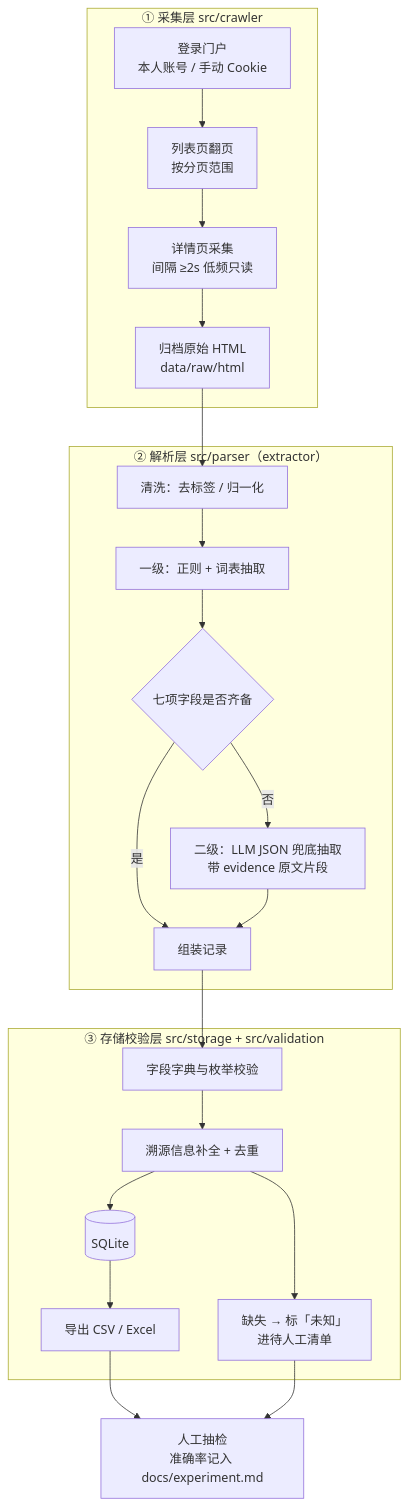
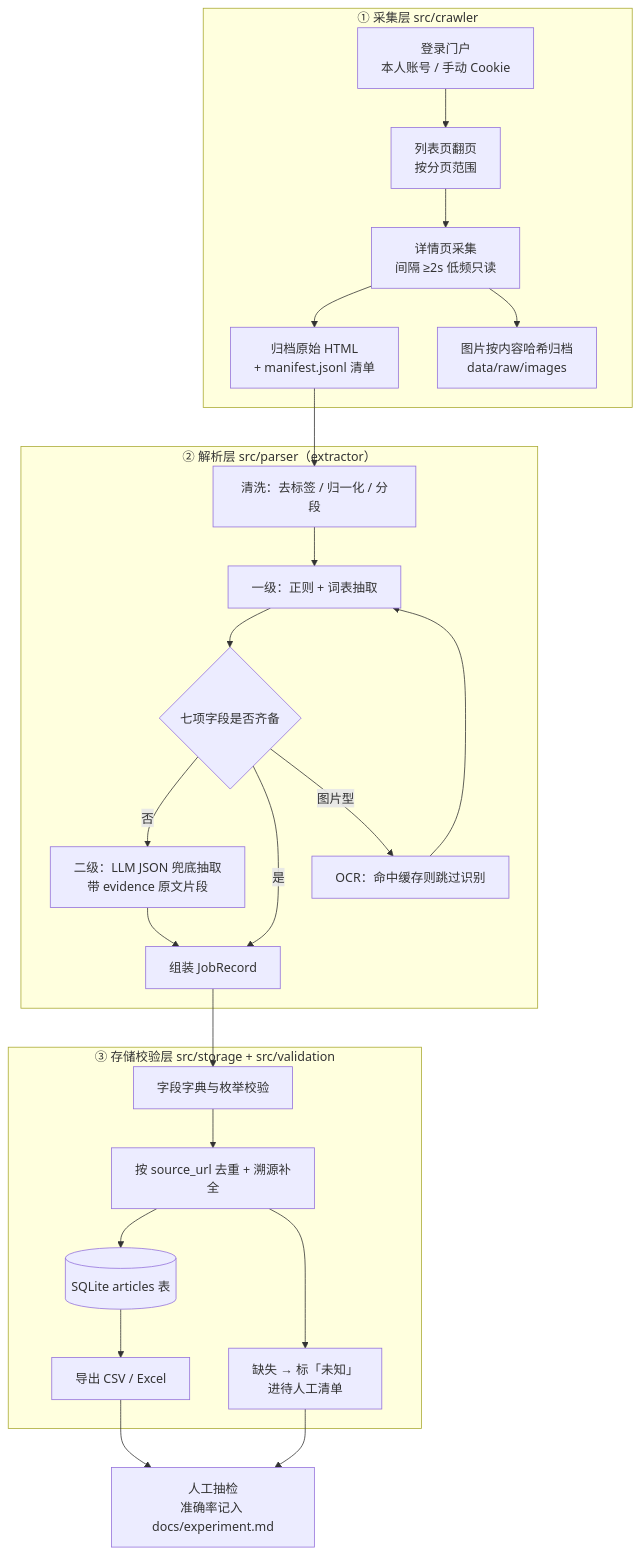
Before and after one commit to 340519646-ui/software-work: the diagram in README.md, drawn with Mermaid. The commit also changed other lines of this file and 6 other files, not shown here.

````diff
--- a/README.md
+++ b/README.md
@@ -28,25 +30,28 @@
 ```mermaid
 flowchart TD
     subgraph L1["① 采集层 src/crawler"]
         A1[登录门户<br/>本人账号 / 手动 Cookie] --> A2[列表页翻页<br/>按分页范围]
         A2 --> A3[详情页采集<br/>间隔 ≥2s 低频只读]
-        A3 --> A4[归档原始 HTML<br/>data/raw/html]
+        A3 --> A4[归档原始 HTML<br/>+ manifest.jsonl 清单]
+        A3 --> A5[图片按内容哈希归档<br/>data/raw/images]
     end
     subgraph L2["② 解析层 src/parser（extractor）"]
-        B1[清洗：去标签 / 归一化] --> B2[一级：正则 + 词表抽取]
+        B1[清洗：去标签 / 归一化 / 分段] --> B2[一级：正则 + 词表抽取]
         B2 --> B3{七项字段是否齐备}
         B3 -- 否 --> B4[二级：LLM JSON 兜底抽取<br/>带 evidence 原文片段]
-        B3 -- 是 --> B5[组装记录]
+        B3 -- 是 --> B5[组装 JobRecord]
         B4 --> B5
+        B3 -- 图片型 --> B6[OCR：命中缓存则跳过识别]
+        B6 --> B2
     end
     subgraph L3["③ 存储校验层 src/storage + src/validation"]
-        C1[字段字典与枚举校验] --> C2[溯源信息补全 + 去重]
-        C2 --> C3[(SQLite)]
+        C1[字段字典与枚举校验] --> C2[按 source_url 去重 + 溯源补全]
+        C2 --> C3[(SQLite articles 表)]
         C3 --> C4[导出 CSV / Excel]
         C2 --> C5[缺失 → 标「未知」<br/>进待人工清单]
     end
     A4 --> B1
     B5 --> C1
     C4 --> D[人工抽检<br/>准确率记入 docs/experiment.md]
     C5 --> D
 ```
````
